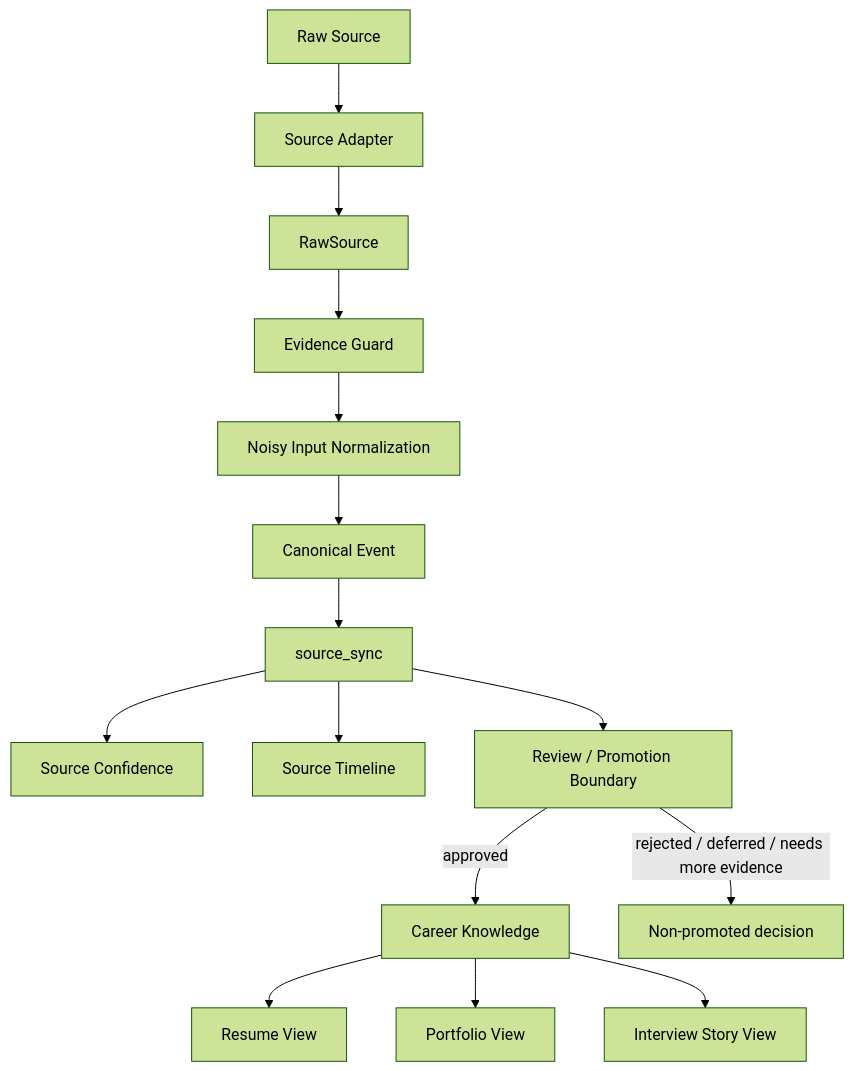
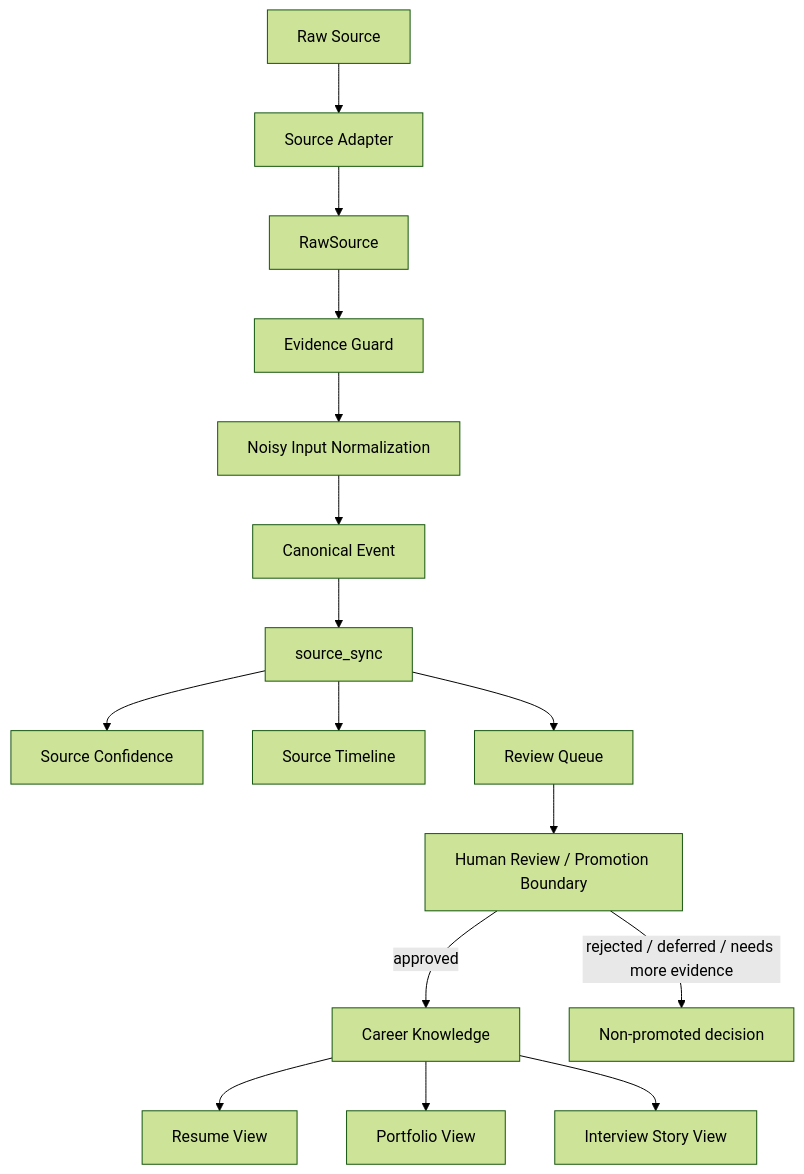
Before and after one commit to s-kyono/me-shower: the diagram in docs/02_architecture.md, drawn with Mermaid (forest theme). The commit also changed other lines of this file and 8 other files, not shown here.

Commit message:
Add derived review queue worklist

````diff
--- a/docs/02_architecture.md
+++ b/docs/02_architecture.md
@@ -147,17 +151,18 @@
 ```mermaid
 flowchart TD
     A[Raw Source] --> B[Source Adapter]
     B --> C[RawSource]
     C --> D[Evidence Guard]
     D --> E[Noisy Input Normalization]
     E --> F[Canonical Event]
     F --> G[source_sync]
     G --> H[Source Confidence]
     G --> I[Source Timeline]
-    G --> J[Review / Promotion Boundary]
+    G --> P[Review Queue]
+    P --> J[Human Review / Promotion Boundary]
     J -->|approved| K[Career Knowledge]
     J -->|rejected / deferred / needs more evidence| N[Non-promoted decision]
     K --> L[Resume View]
     K --> M[Portfolio View]
     K --> O[Interview Story View]
 ```
````
